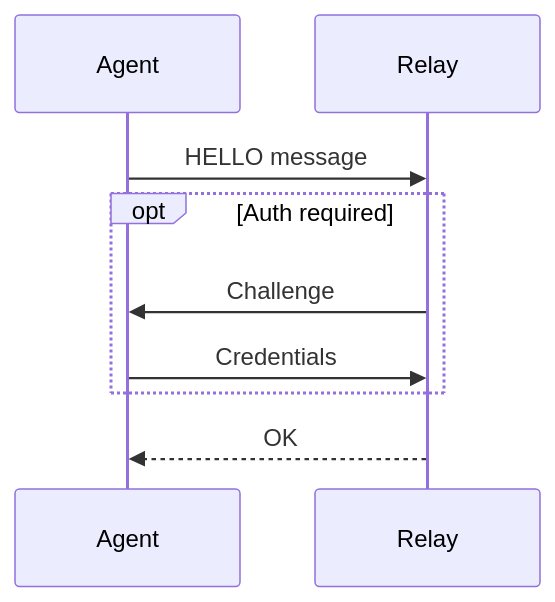
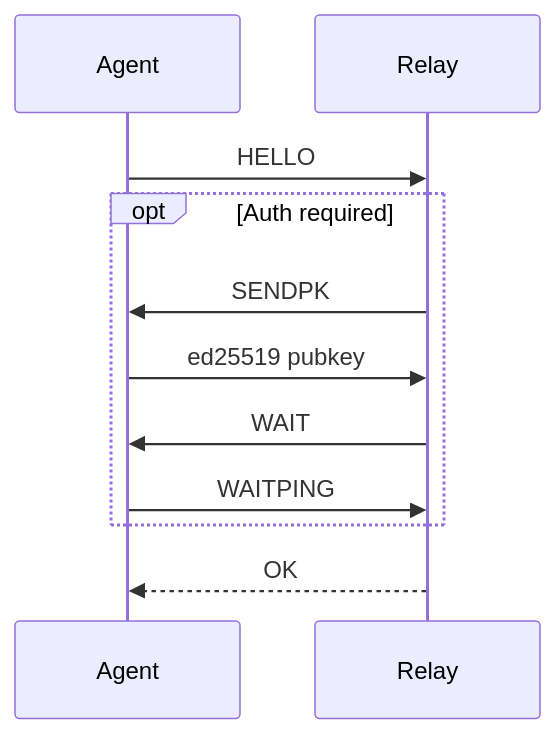
Before and after one commit to hardpointlabs/agent: the second of 4 diagrams in PROTOCOL.md, drawn with Mermaid. The commit also changed other lines of this file, not shown here.

Commit message:
add state diagram

````diff
--- a/PROTOCOL.md
+++ b/PROTOCOL.md
@@ -70,14 +74,16 @@
 ```mermaid
 sequenceDiagram
     participant A as Agent
     participant B as Relay
 
-    A->>B: HELLO message
+    A->>B: HELLO
 
     opt Auth required
-        B->>A: Challenge
-        A->>B: Credentials
+        B->>A: SENDPK
+        A->>B: ed25519 pubkey
+        B->>A: WAIT
+        A->>B: WAITPING
     end
 
     B-->>A: OK
 ```
````
